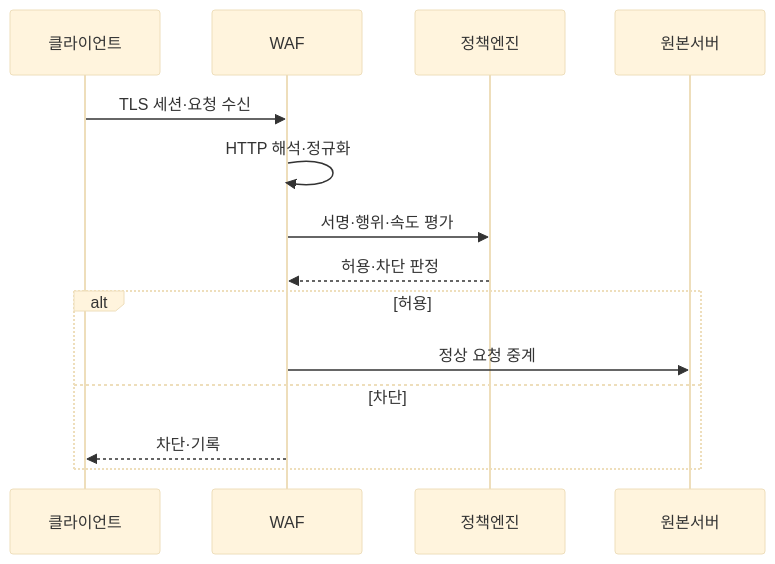
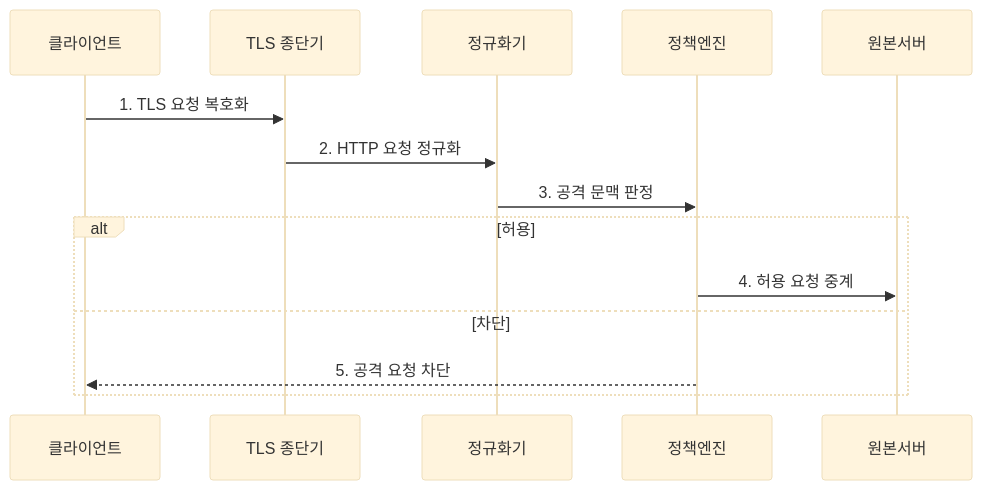
Before and after one commit to agnusdei1207/knowledge-base: the second of 2 diagrams in src/content/docs/notes/04-network/091_waf_web_application_firewall.md, drawn with Mermaid (base theme). The commit also changed other lines of this file and 21 other files, not shown here.

````diff
--- a/src/content/docs/notes/04-network/091_waf_web_application_firewall.md
+++ b/src/content/docs/notes/04-network/091_waf_web_application_firewall.md
@@ -77,16 +76,16 @@
 ```mermaid
 sequenceDiagram
     participant 클라이언트
-    participant WAF
+    participant TLS as TLS 종단기
+    participant N as 정규화기
     participant 정책엔진
     participant 원본서버
-    클라이언트->>WAF: TLS 세션·요청 수신
-    WAF->>WAF: HTTP 해석·정규화
-    WAF->>정책엔진: 서명·행위·속도 평가
-    정책엔진-->>WAF: 허용·차단 판정
+    클라이언트->>TLS: 1. TLS 요청 복호화
+    TLS->>N: 2. HTTP 요청 정규화
+    N->>정책엔진: 3. 공격 문맥 판정
     alt 허용
-        WAF->>원본서버: 정상 요청 중계
+        정책엔진->>원본서버: 4. 허용 요청 중계
     else 차단
-        WAF-->>클라이언트: 차단·기록
+        정책엔진-->>클라이언트: 5. 공격 요청 차단
     end
 ```
````
